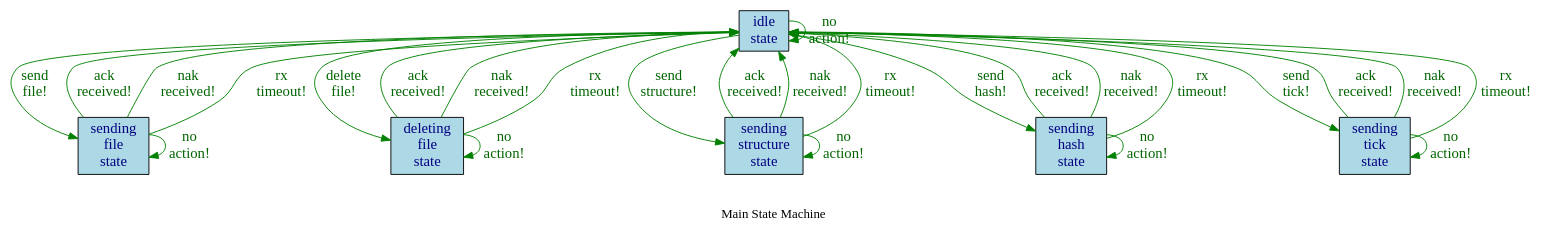
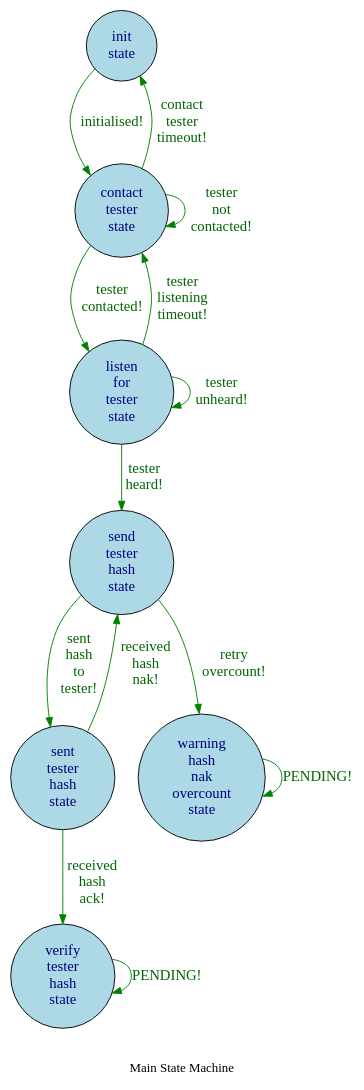
One commit to mjago/sprockets changed the diagram in lib/temp_tertiary_state_machine.dot. Above: the diagram before and after it, drawn with Graphviz. The commit also changed 11 other files, not shown here.

```diff
--- a/lib/temp_tertiary_state_machine.dot
+++ b/lib/temp_tertiary_state_machine.dot
@@ -1,57 +1,31 @@
 digraph draw_state_machine {
   graph [bgcolor = white, label = "\n\nMain State Machine", rankdir = "UD"];
   edge [color = green, fontcolor = darkgreen, fontname = "verdana", fontsize = "16", url = "http://google.com"];
-  node [color = black, fillcolor = lightblue, fontcolor = navyblue, fontname = "verdana", fontsize = "16", shape = box, style = filled, url = "http://google.com"];
-  idle_state [label = "idle\nstate"];
-  idle_state -> idle_state [label = "no\naction!"];
-  idle_state [label = "idle\nstate"];
-  idle_state -> sending_file_state [label = "send\nfile!"];
-  idle_state [label = "idle\nstate"];
-  idle_state -> deleting_file_state [label = "delete\nfile!"];
-  idle_state [label = "idle\nstate"];
-  idle_state -> sending_structure_state [label = "send\nstructure!"];
-  idle_state [label = "idle\nstate"];
-  idle_state -> sending_hash_state [label = "send\nhash!"];
-  idle_state [label = "idle\nstate"];
-  idle_state -> sending_tick_state [label = "send\ntick!"];
-  sending_file_state [label = "sending\nfile\nstate"];
-  sending_file_state -> sending_file_state [label = "no\naction!"];
-  sending_file_state [label = "sending\nfile\nstate"];
-  sending_file_state -> idle_state [label = "ack\nreceived!"];
-  sending_file_state [label = "sending\nfile\nstate"];
-  sending_file_state -> idle_state [label = "nak\nreceived!"];
-  sending_file_state [label = "sending\nfile\nstate"];
-  sending_file_state -> idle_state [label = "rx\ntimeout!"];
-  deleting_file_state [label = "deleting\nfile\nstate"];
-  deleting_file_state -> deleting_file_state [label = "no\naction!"];
-  deleting_file_state [label = "deleting\nfile\nstate"];
-  deleting_file_state -> idle_state [label = "ack\nreceived!"];
-  deleting_file_state [label = "deleting\nfile\nstate"];
-  deleting_file_state -> idle_state [label = "nak\nreceived!"];
-  deleting_file_state [label = "deleting\nfile\nstate"];
-  deleting_file_state -> idle_state [label = "rx\ntimeout!"];
-  sending_structure_state [label = "sending\nstructure\nstate"];
-  sending_structure_state -> sending_structure_state [label = "no\naction!"];
-  sending_structure_state [label = "sending\nstructure\nstate"];
-  sending_structure_state -> idle_state [label = "ack\nreceived!"];
-  sending_structure_state [label = "sending\nstructure\nstate"];
-  sending_structure_state -> idle_state [label = "nak\nreceived!"];
-  sending_structure_state [label = "sending\nstructure\nstate"];
-  sending_structure_state -> idle_state [label = "rx\ntimeout!"];
-  sending_tick_state [label = "sending\ntick\nstate"];
-  sending_tick_state -> sending_tick_state [label = "no\naction!"];
-  sending_tick_state [label = "sending\ntick\nstate"];
-  sending_tick_state -> idle_state [label = "ack\nreceived!"];
-  sending_tick_state [label = "sending\ntick\nstate"];
-  sending_tick_state -> idle_state [label = "nak\nreceived!"];
-  sending_tick_state [label = "sending\ntick\nstate"];
-  sending_tick_state -> idle_state [label = "rx\ntimeout!"];
-  sending_hash_state [label = "sending\nhash\nstate"];
-  sending_hash_state -> sending_hash_state [label = "no\naction!"];
-  sending_hash_state [label = "sending\nhash\nstate"];
-  sending_hash_state -> idle_state [label = "ack\nreceived!"];
-  sending_hash_state [label = "sending\nhash\nstate"];
-  sending_hash_state -> idle_state [label = "nak\nreceived!"];
-  sending_hash_state [label = "sending\nhash\nstate"];
-  sending_hash_state -> idle_state [label = "rx\ntimeout!"];
+  node [color = black, fillcolor = lightblue, fontcolor = navyblue, fontname = "verdana", fontsize = "16", shape = circle, style = filled, url = "http://google.com"];
+  init_state [label = "init\nstate"];
+  init_state -> contact_tester_state [label = "initialised!"];
+  contact_tester_state [label = "contact\ntester\nstate"];
+  contact_tester_state -> contact_tester_state [label = "tester\nnot\ncontacted!"];
+  contact_tester_state [label = "contact\ntester\nstate"];
+  contact_tester_state -> listen_for_tester_state [label = "tester\ncontacted!"];
+  contact_tester_state [label = "contact\ntester\nstate"];
+  contact_tester_state -> init_state [label = "contact\ntester\ntimeout!"];
+  listen_for_tester_state [label = "listen\nfor\ntester\nstate"];
+  listen_for_tester_state -> listen_for_tester_state [label = "tester\nunheard!"];
+  listen_for_tester_state [label = "listen\nfor\ntester\nstate"];
+  listen_for_tester_state -> send_tester_hash_state [label = "tester\nheard!"];
+  listen_for_tester_state [label = "listen\nfor\ntester\nstate"];
+  listen_for_tester_state -> contact_tester_state [label = "tester\nlistening\ntimeout!"];
+  send_tester_hash_state [label = "send\ntester\nhash\nstate"];
+  send_tester_hash_state -> sent_tester_hash_state [label = "sent\nhash\nto\ntester!"];
+  send_tester_hash_state [label = "send\ntester\nhash\nstate"];
+  send_tester_hash_state -> warning_hash_nak_overcount_state [label = "retry\novercount!"];
+  sent_tester_hash_state [label = "sent\ntester\nhash\nstate"];
+  sent_tester_hash_state -> verify_tester_hash_state [label = "received\nhash\nack!"];
+  sent_tester_hash_state [label = "sent\ntester\nhash\nstate"];
+  sent_tester_hash_state -> send_tester_hash_state [label = "received\nhash\nnak!"];
+  warning_hash_nak_overcount_state [label = "warning\nhash\nnak\novercount\nstate"];
+  warning_hash_nak_overcount_state -> warning_hash_nak_overcount_state [label = "PENDING!"];
+  verify_tester_hash_state [label = "verify\ntester\nhash\nstate"];
+  verify_tester_hash_state -> verify_tester_hash_state [label = "PENDING!"];
 }
```
